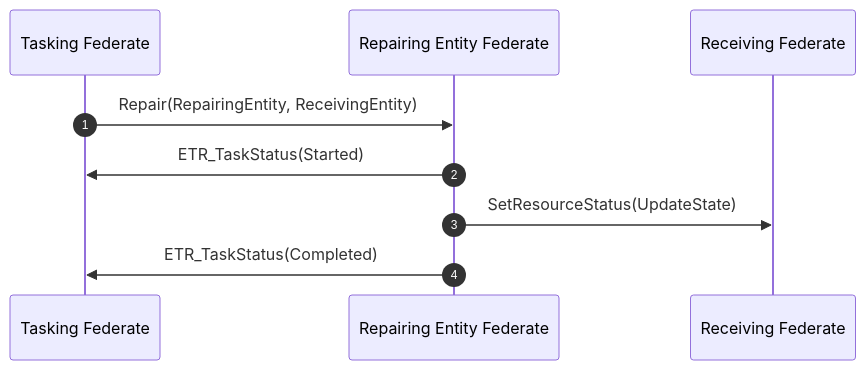
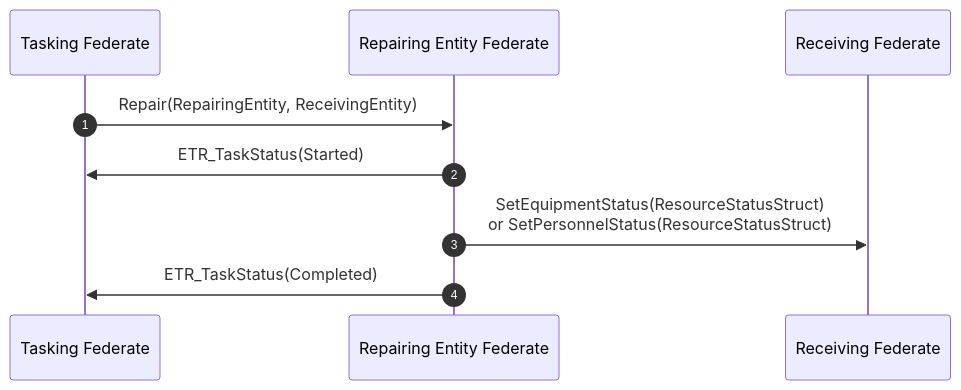
The fourth of 7 diagrams in modules/NETN-LOG/NETN-LOG.md (AMSP-04/NETN-FOM), drawn with Mermaid before and after one commit. The commit also changed other lines of this file, not shown here.

````diff
--- a/modules/NETN-LOG/NETN-LOG.md
+++ b/modules/NETN-LOG/NETN-LOG.md
@@ -109,8 +109,8 @@
 ```mermaid
 sequenceDiagram
 autonumber
 Tasking Federate->>Repairing Entity Federate: Repair(RepairingEntity, ReceivingEntity)
 Repairing Entity Federate->>Tasking Federate: ETR_TaskStatus(Started)
-Repairing Entity Federate->>Receiving Federate: SetResourceStatus(UpdateState)
+Repairing Entity Federate->>Receiving Federate: SetEquipmentStatus(ResourceStatusStruct)<br/>or SetPersonnelStatus(ResourceStatusStruct)
 Repairing Entity Federate->>Tasking Federate: ETR_TaskStatus(Completed)
 ```
````
